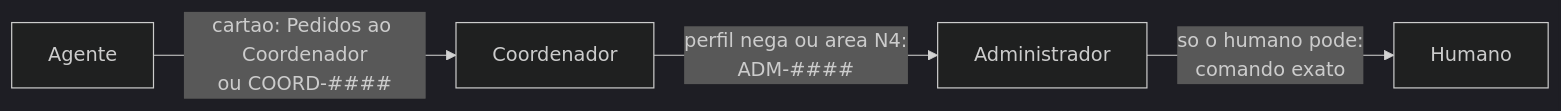
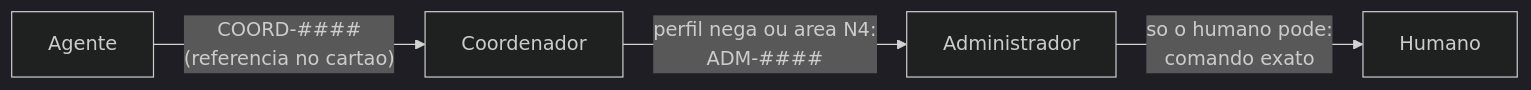
The second of 3 diagrams in BRAIN/70_Workflows/Fluxo de tarefa.md (IgorCdeLima/BRAIN), drawn with Mermaid (dark theme) before and after one commit. The commit also changed other lines of this file and 22 other files, not shown here.

First line of the commit message:
docs(regras): pedidos ao Coordenador para acao do humano e erro inesperado (ADM-0012)

````diff
--- a/BRAIN/70_Workflows/Fluxo de tarefa.md
+++ b/BRAIN/70_Workflows/Fluxo de tarefa.md
@@ -63,6 +63,6 @@
 ```mermaid
 flowchart LR
-    A[Agente] -- "cartao: Pedidos ao Coordenador<br/>ou COORD-####" --> C[Coordenador]
+    A[Agente] -- "COORD-####<br/>(referencia no cartao)" --> C[Coordenador]
     C -- "perfil nega ou area N4:<br/>ADM-####" --> AD[Administrador]
     AD -- "so o humano pode:<br/>comando exato" --> H[Humano]
 ```
````
